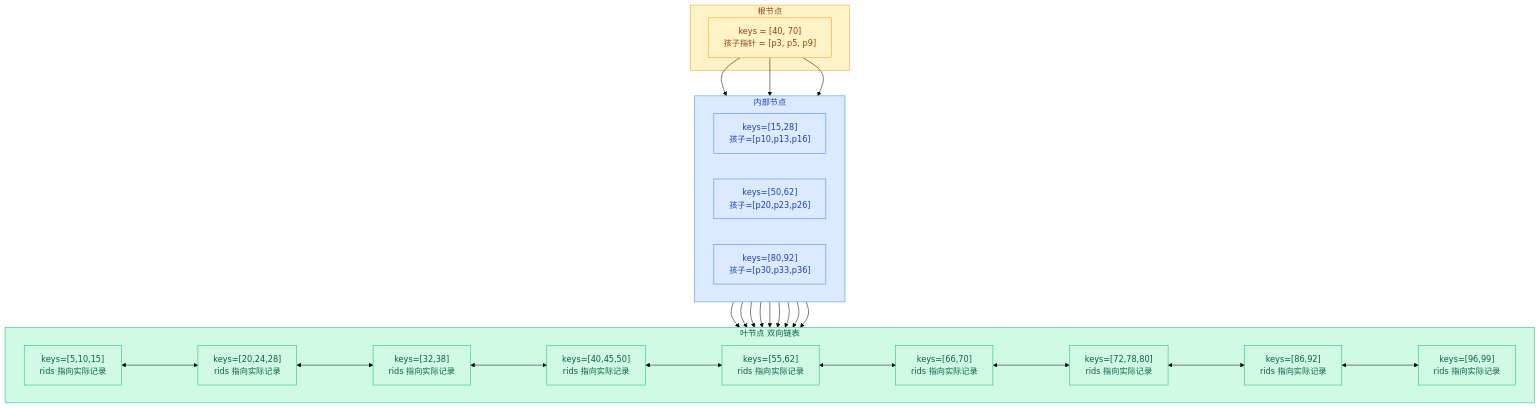
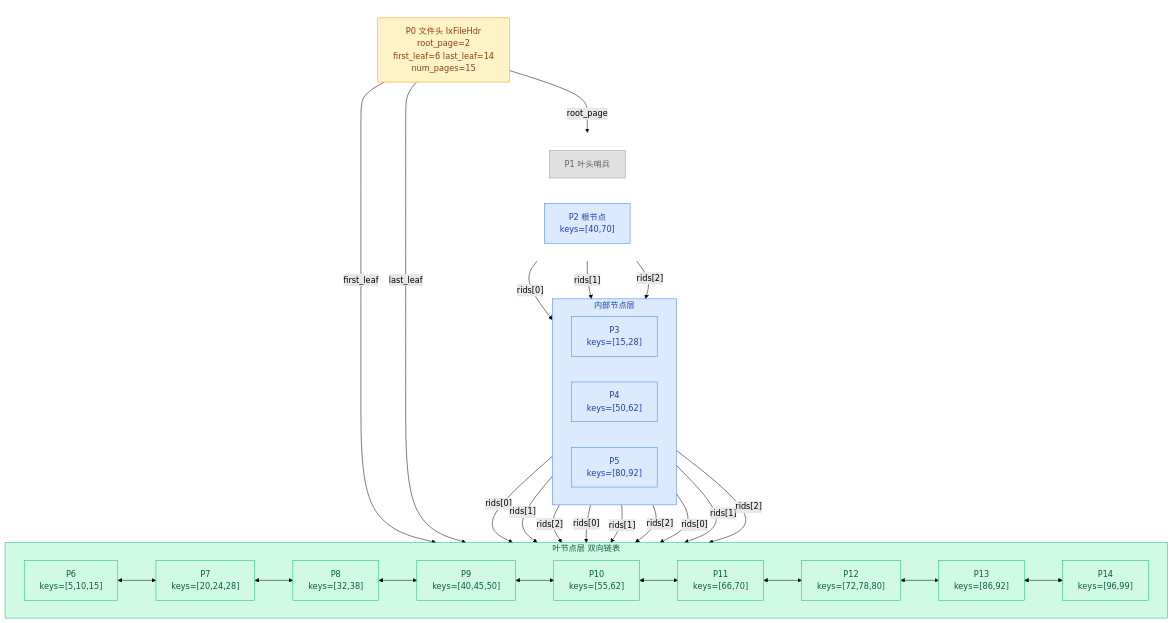
One commit to Dorian7Alden/RMDB-2024-Analyze changed the diagram in my-analysis/03-index-layer/01b-btree-basics.md. Above: the diagram before and after it, drawn with Mermaid (forest theme). The commit also changed other lines of this file and 1 other file, not shown here.

Commit message:
doc(index): 将 B+ 树逻辑拓扑从数据结构文档迁至基础讲解
- 01b 替换为完整逻辑拓扑图（含文件头、哨兵、root_page 箭头）
- 02 移除逻辑拓扑，keys/rids 子节提升为独立章节
- 01b 现在承担 B+ 树概念+结构的完整讲解

````diff
--- a/my-analysis/03-index-layer/01b-btree-basics.md
+++ b/my-analysis/03-index-layer/01b-btree-basics.md
@@ -54,41 +54,50 @@
 ```mermaid
 flowchart TD
-    subgraph L0["根节点"]
-        style L0 fill:#fef3c7,stroke:#f59e0b,color:#92400e
-        R["keys = [40, 70]<br/>孩子指针 = [p3, p5, p9]"]
+    subgraph L0[" "]
+        style L0 fill:none,stroke:none
+        HDR["P0 文件头 IxFileHdr<br/>root_page=2<br/>first_leaf=6 last_leaf=14<br/>num_pages=15"]
     end
 
-    subgraph L1["内部节点"]
+    subgraph L1[" "]
         direction LR
-        style L1 fill:#dbeafe,stroke:#3b82f6,color:#1e40af
-        I1["keys=[15,28]<br/>孩子=[p10,p13,p16]"]
-        I2["keys=[50,62]<br/>孩子=[p20,p23,p26]"]
-        I3["keys=[80,92]<br/>孩子=[p30,p33,p36]"]
+        style L1 fill:none,stroke:none
+        LH["P1 叶头哨兵"] & R["P2 根节点<br/>keys=[40,70]"]
     end
 
-    subgraph L2["叶节点 双向链表"]
+    subgraph L2["内部节点层"]
         direction LR
-        style L2 fill:#d1fae5,stroke:#10b981,color:#065f46
-        L1N["keys=[5,10,15]<br/>rids 指向实际记录"] <---> L2N["keys=[20,24,28]<br/>rids 指向实际记录"] <---> L3N["keys=[32,38]<br/>rids 指向实际记录"] <---> L4N["keys=[40,45,50]<br/>rids 指向实际记录"] <---> L5N["keys=[55,62]<br/>rids 指向实际记录"] <---> L6N["keys=[66,70]<br/>rids 指向实际记录"] <---> L7N["keys=[72,78,80]<br/>rids 指向实际记录"] <---> L8N["keys=[86,92]<br/>rids 指向实际记录"] <---> L9N["keys=[96,99]<br/>rids 指向实际记录"]
+        style L2 fill:#dbeafe,stroke:#3b82f6,color:#1e40af
+        I3["P3<br/>keys=[15,28]"] & I4["P4<br/>keys=[50,62]"] & I5["P5<br/>keys=[80,92]"]
     end
 
-    R --> I1
-    R --> I2
-    R --> I3
-    I1 --> L1N
-    I1 --> L2N
-    I1 --> L3N
-    I2 --> L4N
-    I2 --> L5N
-    I2 --> L6N
-    I3 --> L7N
-    I3 --> L8N
-    I3 --> L9N
+    subgraph L3["叶节点层 双向链表"]
+        direction LR
+        style L3 fill:#d1fae5,stroke:#10b981,color:#065f46
+        L6["P6<br/>keys=[5,10,15]"] <--> L7["P7<br/>keys=[20,24,28]"] <--> L8["P8<br/>keys=[32,38]"] <--> L9["P9<br/>keys=[40,45,50]"] <--> L10["P10<br/>keys=[55,62]"] <--> L11["P11<br/>keys=[66,70]"] <--> L12["P12<br/>keys=[72,78,80]"] <--> L13["P13<br/>keys=[86,92]"] <--> L14["P14<br/>keys=[96,99]"]
+    end
 
-    classDef root fill:#fef3c7,stroke:#f59e0b,color:#92400e
+    HDR -->|"root_page"| R
+    HDR -->|"first_leaf"| L6
+    HDR -->|"last_leaf"| L14
+    R -->|"rids[0]"| I3
+    R -->|"rids[1]"| I4
+    R -->|"rids[2]"| I5
+    I3 -->|"rids[0]"| L6
+    I3 -->|"rids[1]"| L7
+    I3 -->|"rids[2]"| L8
+    I4 -->|"rids[0]"| L9
+    I4 -->|"rids[1]"| L10
+    I4 -->|"rids[2]"| L11
+    I5 -->|"rids[0]"| L12
+    I5 -->|"rids[1]"| L13
+    I5 -->|"rids[2]"| L14
+
+    classDef header fill:#fef3c7,stroke:#f59e0b,color:#92400e
     classDef internal fill:#dbeafe,stroke:#3b82f6,color:#1e40af
     classDef leaf fill:#d1fae5,stroke:#10b981,color:#065f46
-    class R root
-    class I1,I2,I3 internal
-    class L1N,L2N,L3N,L4N,L5N,L6N,L7N,L8N,L9N leaf
+    classDef sentinel fill:#e0e0e0,stroke:#9e9e9e,color:#616161
+    class HDR header
+    class R,I3,I4,I5 internal
+    class L6,L7,L8,L9,L10,L11,L12,L13,L14 leaf
+    class LH sentinel
 ```
````
